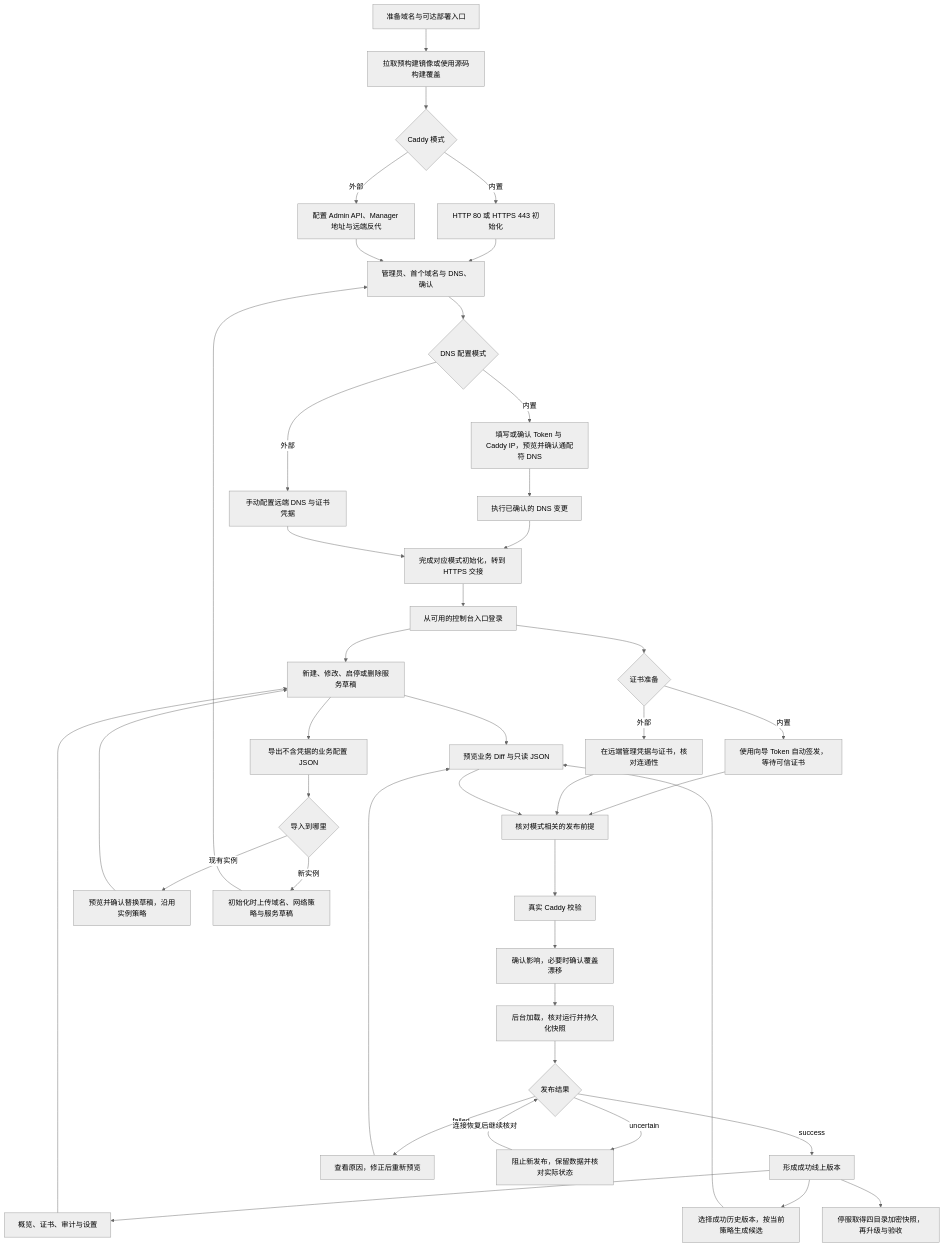
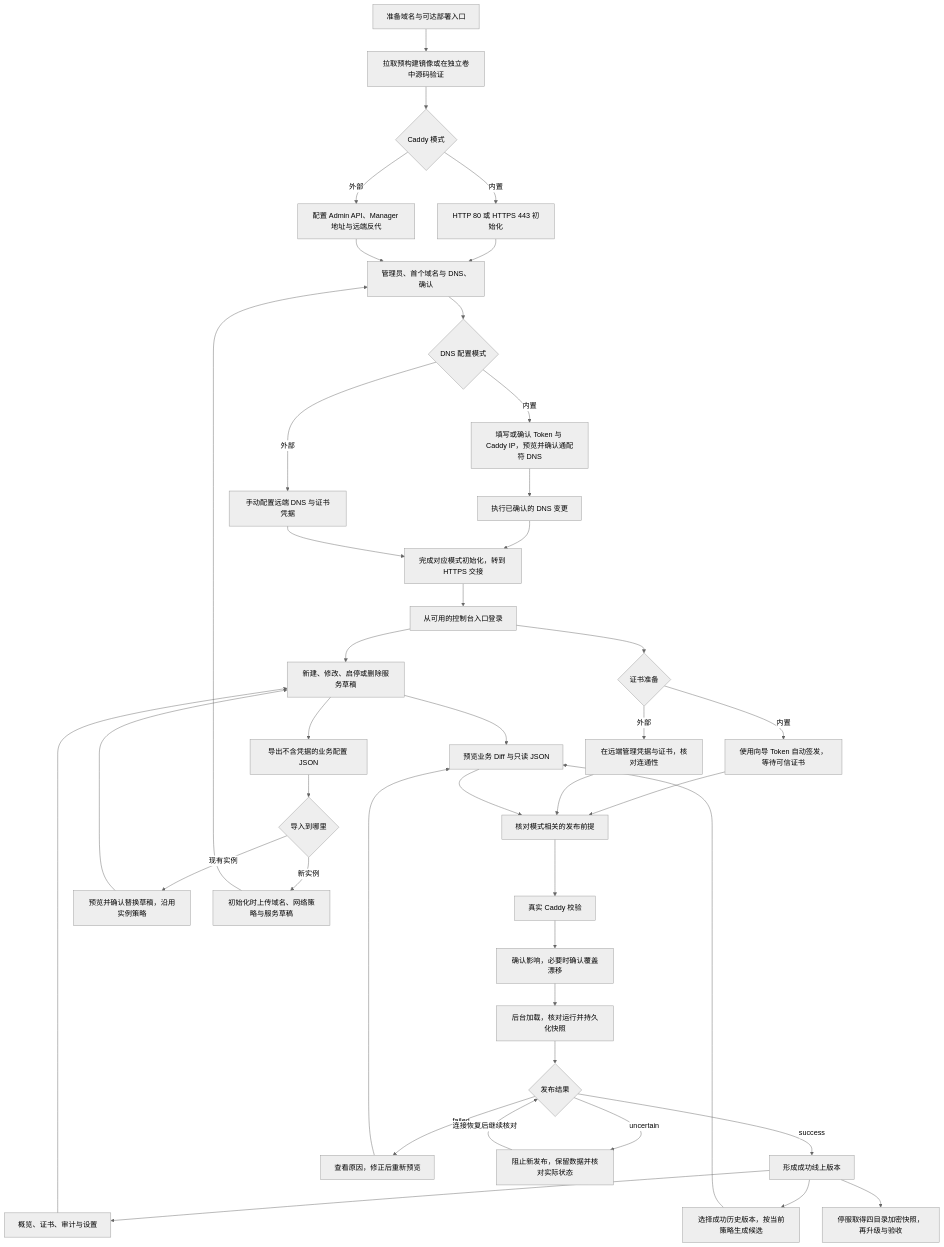
Before and after one commit to gofxq/caddy_admin: the first of 5 diagrams in docs/product-user-flow-review.md, drawn with Mermaid (neutral theme). The commit also changed other lines of this file and 50 other files, not shown here.

````diff
--- a/docs/product-user-flow-review.md
+++ b/docs/product-user-flow-review.md
@@ -9,47 +9,47 @@
 ```mermaid
 flowchart TD
-    START[准备域名与可达部署入口] --> DEPLOY[拉取预构建镜像或使用源码构建覆盖]
+    START[准备域名与可达部署入口] --> DEPLOY[拉取预构建镜像或在独立卷中源码验证]
     DEPLOY --> MODE{Caddy 模式}
     MODE -->|内置| BUILTIN[HTTP 80 或 HTTPS 443 初始化]
     MODE -->|外部| EXTERNAL[配置 Admin API、Manager 地址与远端反代]
     BUILTIN --> SETUP[管理员、首个域名与 DNS、确认]
     EXTERNAL --> SETUP
     SETUP --> DNSMODE{DNS 配置模式}
     DNSMODE -->|内置| AUTODNS[填写或确认 Token 与 Caddy IP，预览并确认通配符 DNS]
     DNSMODE -->|外部| MANUALDNS[手动配置远端 DNS 与证书凭据]
     AUTODNS --> DNSWRITE[执行已确认的 DNS 变更]
     DNSWRITE --> HANDOFF
     MANUALDNS --> HANDOFF[完成对应模式初始化，转到 HTTPS 交接]
     HANDOFF --> LOGIN[从可用的控制台入口登录]
 
     LOGIN --> DRAFT[新建、修改、启停或删除服务草稿]
     LOGIN --> CERT{证书准备}
     CERT -->|内置| TOKEN[使用向导 Token 自动签发，等待可信证书]
     CERT -->|外部| REMOTE[在远端管理凭据与证书，核对连通性]
     TOKEN --> READY[核对模式相关的发布前提]
     REMOTE --> READY
     DRAFT --> DIFF[预览业务 Diff 与只读 JSON]
     DIFF --> READY
     READY --> VALIDATE[真实 Caddy 校验]
     VALIDATE --> CONFIRM[确认影响，必要时确认覆盖漂移]
     CONFIRM --> APPLY[后台加载，核对运行并持久化快照]
     APPLY --> RESULT{发布结果}
     RESULT -->|success| ONLINE[形成成功线上版本]
     RESULT -->|failed| FIX[查看原因，修正后重新预览]
     FIX --> DIFF
     RESULT -->|uncertain| RECONCILE[阻止新发布，保留数据并核对实际状态]
     RECONCILE -->|连接恢复后继续核对| RESULT
 
     ONLINE --> DAILY[概览、证书、审计与设置]
     DAILY --> DRAFT
     ONLINE --> ROLLBACK[选择成功历史版本，按当前策略生成候选]
     ROLLBACK --> DIFF
     ONLINE --> MAINTAIN[停服取得四目录加密快照，再升级与验收]
 
     DRAFT --> EXPORT[导出不含凭据的业务配置 JSON]
     EXPORT --> IMPORT{导入到哪里}
     IMPORT -->|现有实例| IMPORTDRAFT[预览并确认替换草稿，沿用实例策略]
     IMPORTDRAFT --> DRAFT
     IMPORT -->|新实例| IMPORTSETUP[初始化时上传域名、网络策略与服务草稿]
     IMPORTSETUP --> SETUP
 ```
````
